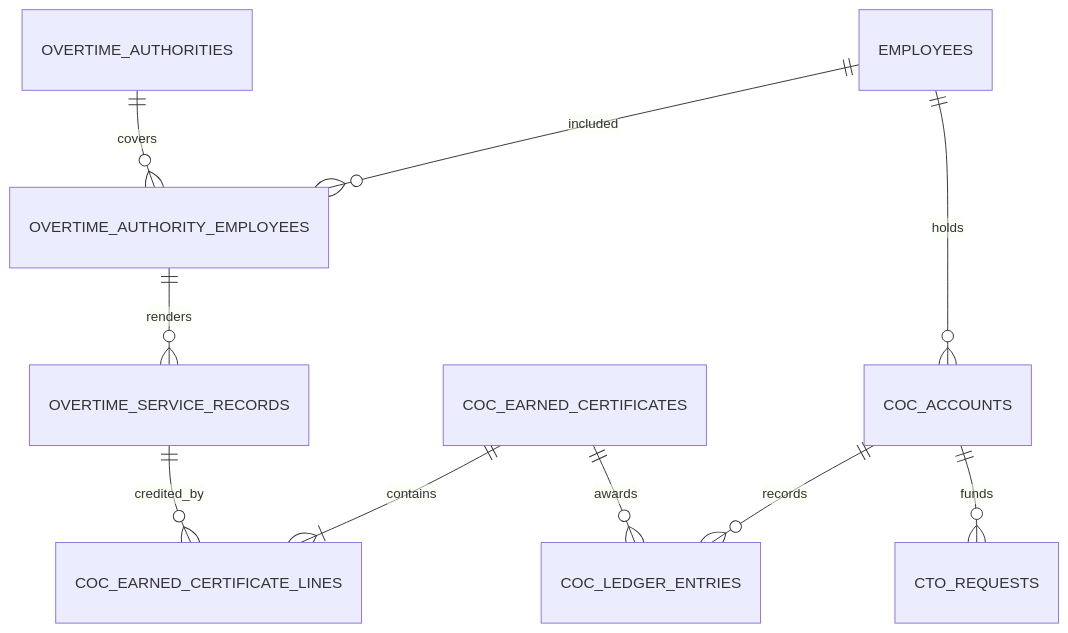
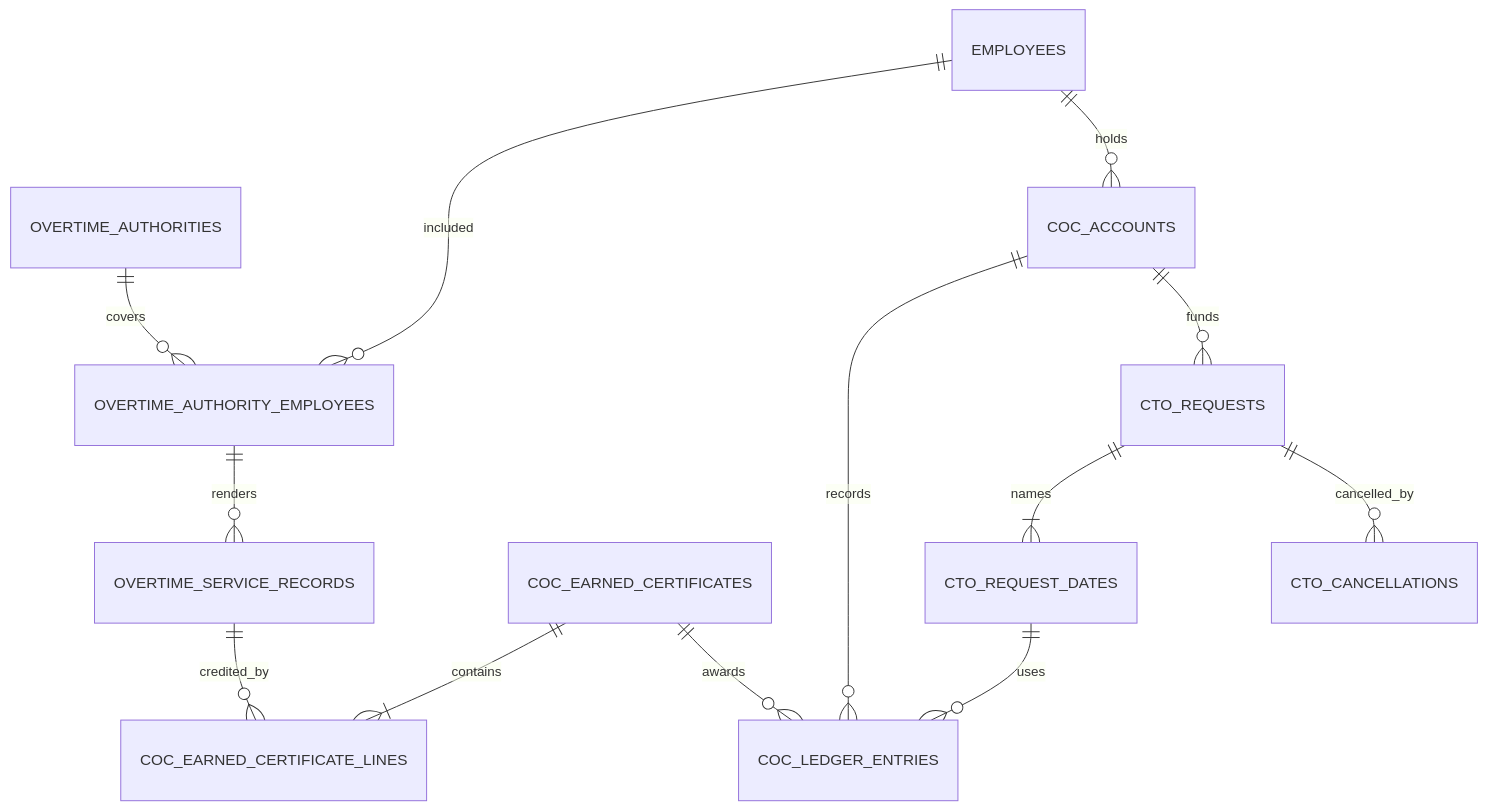
Before and after one commit to systemeror12/lingkod-hr: the diagram in docs/data-model/overtime-coc-cto-logical-erd.md, drawn with Mermaid. The commit also changed other lines of this file and 7 other files, not shown here.

First line of the commit message:
Decide the COC ledger and CTO contracts (#318)

````diff
--- a/docs/data-model/overtime-coc-cto-logical-erd.md
+++ b/docs/data-model/overtime-coc-cto-logical-erd.md
@@ -28,12 +28,15 @@
 ```mermaid
 erDiagram
     OVERTIME_AUTHORITIES ||--o{ OVERTIME_AUTHORITY_EMPLOYEES : covers
     EMPLOYEES ||--o{ OVERTIME_AUTHORITY_EMPLOYEES : included
     OVERTIME_AUTHORITY_EMPLOYEES ||--o{ OVERTIME_SERVICE_RECORDS : renders
     OVERTIME_SERVICE_RECORDS ||--o{ COC_EARNED_CERTIFICATE_LINES : credited_by
     COC_EARNED_CERTIFICATES ||--|{ COC_EARNED_CERTIFICATE_LINES : contains
     EMPLOYEES ||--o{ COC_ACCOUNTS : holds
     COC_ACCOUNTS ||--o{ COC_LEDGER_ENTRIES : records
     COC_ACCOUNTS ||--o{ CTO_REQUESTS : funds
     COC_EARNED_CERTIFICATES ||--o{ COC_LEDGER_ENTRIES : awards
+    CTO_REQUESTS ||--|{ CTO_REQUEST_DATES : names
+    CTO_REQUESTS ||--o{ CTO_CANCELLATIONS : cancelled_by
+    CTO_REQUEST_DATES ||--o{ COC_LEDGER_ENTRIES : uses
 ```
````
